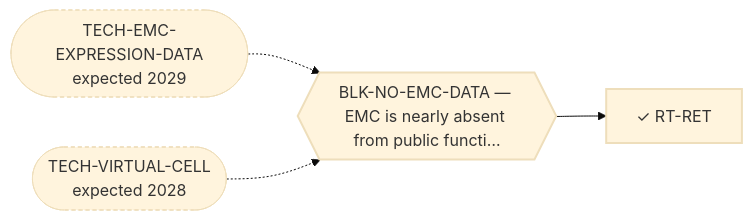
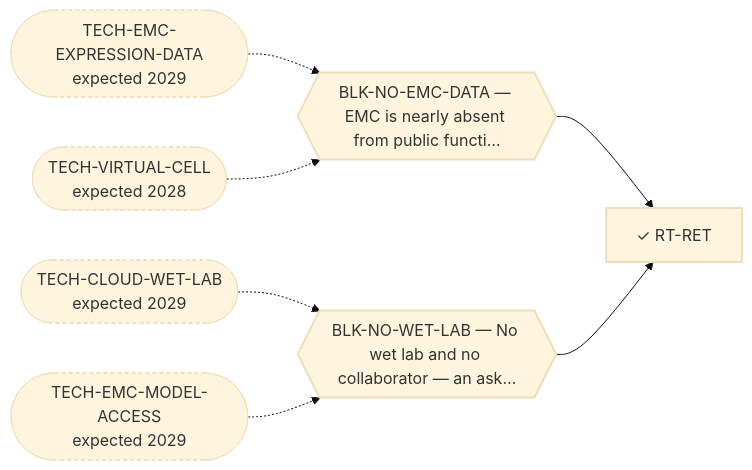
One commit to trimcrae/Rare-cancers changed the diagram in systems/views/L2-rt-ret.md. Above: the diagram before and after it, drawn with Mermaid (base theme). The commit also changed other lines of this file and 15 other files, not shown here.

````diff
--- a/systems/views/L2-rt-ret.md
+++ b/systems/views/L2-rt-ret.md
@@ -27,14 +27,20 @@
 ```mermaid
 flowchart LR
   RT_RET["✓ RT-RET"]:::fam
   BLK_NO_EMC_DATA{{"BLK-NO-EMC-DATA — EMC is nearly absent from public functi…"}}:::blk
   BLK_NO_EMC_DATA --> RT_RET
   TECH_EMC_EXPRESSION_DATA(["TECH-EMC-EXPRESSION-DATA<br/>expected 2029"]):::tech
   TECH_EMC_EXPRESSION_DATA -.-> BLK_NO_EMC_DATA
   TECH_VIRTUAL_CELL(["TECH-VIRTUAL-CELL<br/>expected 2028"]):::tech
   TECH_VIRTUAL_CELL -.-> BLK_NO_EMC_DATA
+  BLK_NO_WET_LAB{{"BLK-NO-WET-LAB — No wet lab and no collaborator — an ask…"}}:::blk
+  BLK_NO_WET_LAB --> RT_RET
+  TECH_CLOUD_WET_LAB(["TECH-CLOUD-WET-LAB<br/>expected 2029"]):::tech
+  TECH_CLOUD_WET_LAB -.-> BLK_NO_WET_LAB
+  TECH_EMC_MODEL_ACCESS(["TECH-EMC-MODEL-ACCESS<br/>expected 2029"]):::tech
+  TECH_EMC_MODEL_ACCESS -.-> BLK_NO_WET_LAB
   classDef fam stroke-width:2px;
   classDef blk stroke-width:2px;
   classDef perm stroke-width:4px;
   classDef tech stroke-width:1px,stroke-dasharray:4 3;
 ```
````
